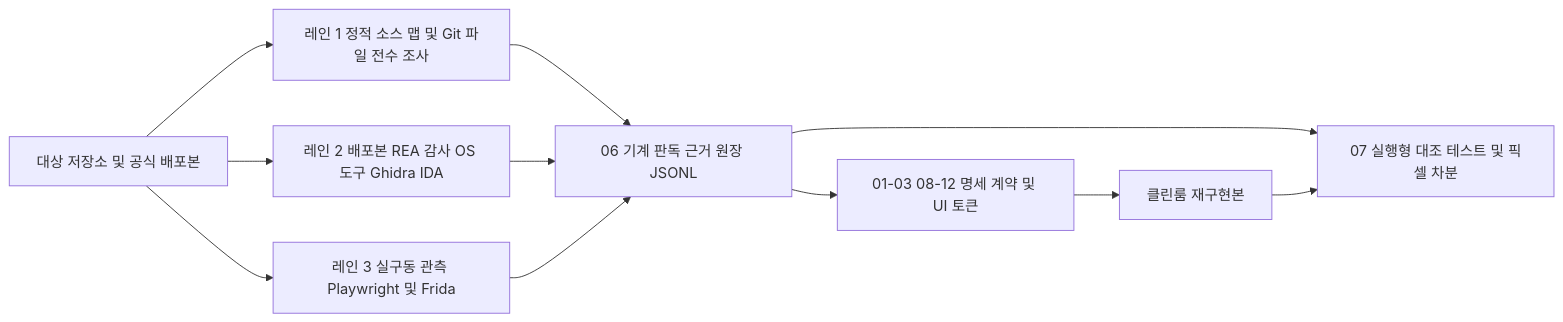
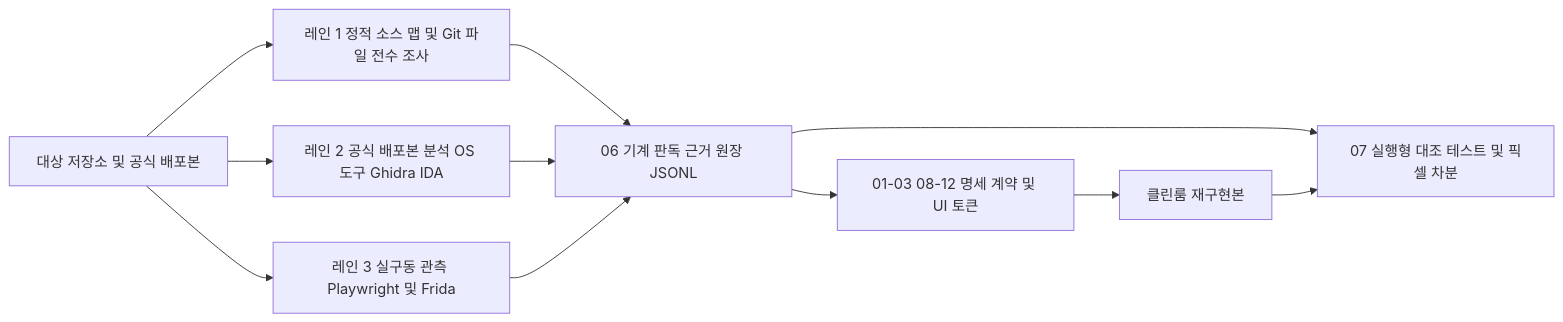
Before and after one commit to awesomejun/spec-anything: the first of 2 diagrams in README.ko.md, drawn with Mermaid. The commit also changed other lines of this file and 12 other files, not shown here.

````diff
--- a/README.ko.md
+++ b/README.ko.md
@@ -111,13 +111,13 @@
 ```mermaid
 flowchart LR
     T[대상 저장소 및 공식 배포본] --> L1[레인 1 정적 소스 맵 및 Git 파일 전수 조사]
-    T --> L2[레인 2 배포본 REA 감사 OS 도구 Ghidra IDA]
+    T --> L2[레인 2 공식 배포본 분석 OS 도구 Ghidra IDA]
     T --> L3[레인 3 실구동 관측 Playwright 및 Frida]
     L1 --> EV[06 기계 판독 근거 원장 JSONL]
     L2 --> EV
     L3 --> EV
     EV --> SP[01-03 08-12 명세 계약 및 UI 토큰]
     EV --> PT[07 실행형 대조 테스트 및 픽셀 차분]
     SP --> CR[클린룸 재구현본]
     CR --> PT
 ```
````
